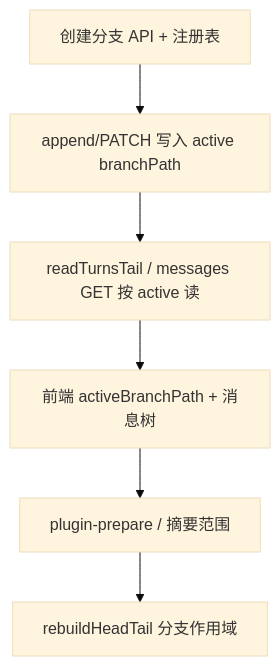
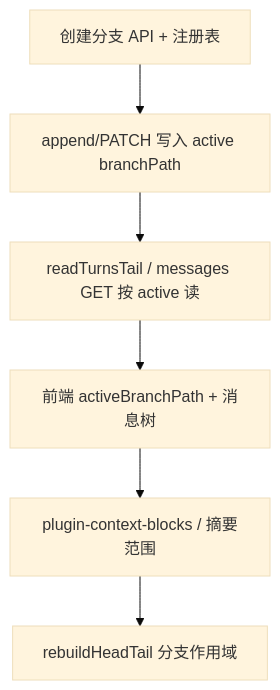
One commit to vevan/arousalPub changed the diagram in DOC/23-conversation-branches.md. Above: the diagram before and after it, drawn with Mermaid (base theme). The commit also changed other lines of this file and 59 other files, not shown here.

````diff
--- a/DOC/23-conversation-branches.md
+++ b/DOC/23-conversation-branches.md
@@ -442,8 +442,8 @@
 ```mermaid
 flowchart TD
   A[创建分支 API + 注册表] --> B[append/PATCH 写入 active branchPath]
   B --> C[readTurnsTail / messages GET 按 active 读]
   C --> D[前端 activeBranchPath + 消息树]
-  D --> E[plugin-prepare / 摘要范围]
+  D --> E[plugin-context-blocks / 摘要范围]
   E --> F[rebuildHeadTail 分支作用域]
 ```
````
